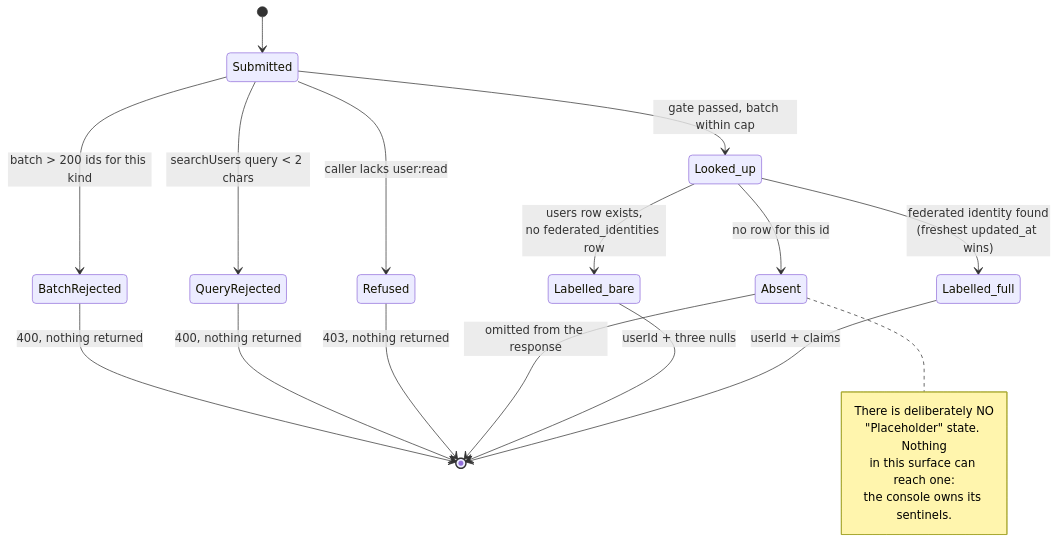
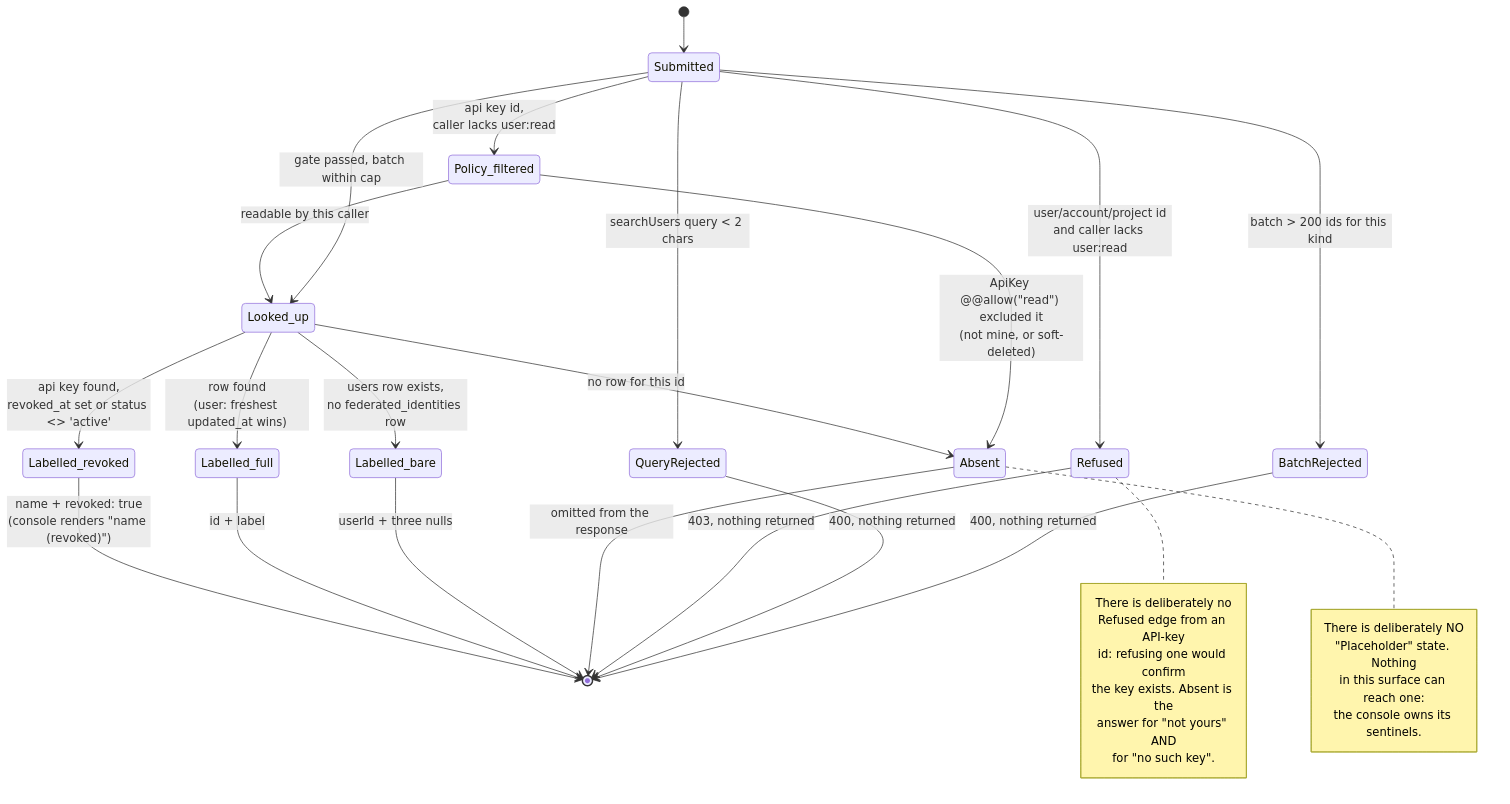
Before and after one commit to ADORSYS-GIS/lightbridge-authz: the second of 2 diagrams in docs/admin-identity-resolution.md, drawn with Mermaid. The commit also changed other lines of this file and 18 other files, not shown here.

````diff
--- a/docs/admin-identity-resolution.md
+++ b/docs/admin-identity-resolution.md
@@ -78,26 +148,41 @@
 ```mermaid
 stateDiagram-v2
     [*] --> Submitted
     Submitted --> BatchRejected: batch > 200 ids for this kind
     Submitted --> QueryRejected: searchUsers query < 2 chars
-    Submitted --> Refused: caller lacks user:read
+    Submitted --> Refused: user/account/project id<br/>and caller lacks user:read
+    Submitted --> Policy_filtered: api key id,<br/>caller lacks user:read
     Submitted --> Looked_up: gate passed, batch within cap
+
+    Policy_filtered --> Absent: ApiKey @@allow("read") excluded it<br/>(not mine, or soft-deleted)
+    Policy_filtered --> Looked_up: readable by this caller
 
     Looked_up --> Absent: no row for this id
     Looked_up --> Labelled_bare: users row exists,<br/>no federated_identities row
-    Looked_up --> Labelled_full: federated identity found<br/>(freshest updated_at wins)
+    Looked_up --> Labelled_full: row found<br/>(user: freshest updated_at wins)
+    Looked_up --> Labelled_revoked: api key found,<br/>revoked_at set or status <> 'active'
 
     BatchRejected --> [*]: 400, nothing returned
     QueryRejected --> [*]: 400, nothing returned
     Refused --> [*]: 403, nothing returned
     Absent --> [*]: omitted from the response
     Labelled_bare --> [*]: userId + three nulls
-    Labelled_full --> [*]: userId + claims
+    Labelled_full --> [*]: id + label
+    Labelled_revoked --> [*]: name + revoked: true<br/>(console renders "name (revoked)")
 
     note right of Absent
         There is deliberately NO
         "Placeholder" state. Nothing
         in this surface can reach one:
         the console owns its sentinels.
     end note
+
+    note right of Refused
+        There is deliberately no
+        Refused edge from an API-key
+        id: refusing one would confirm
+        the key exists. Absent is the
+        answer for "not yours" AND
+        for "no such key".
+    end note
 ```
````
